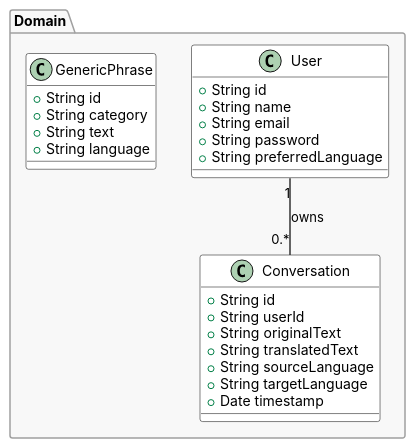
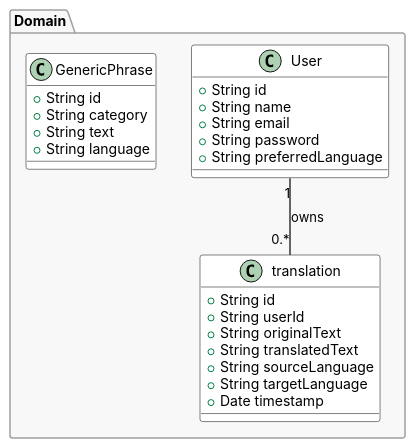
Before and after one commit to VascoMagolo/DSSMV_ProjectDroid_1231562_1230985: the diagram in UMLs/PUMLs/domain_model.puml, drawn with PlantUML. The commit also changed 17 other files, not shown here.

Commit message:
Renamed conversation to translation for better readability, updated comments

```diff
--- a/UMLs/PUMLs/domain_model.puml
+++ b/UMLs/PUMLs/domain_model.puml
@@ -1,49 +1,49 @@
 @startuml DomainModel
 skinparam defaultFontName "Inter"
 skinparam actorBorderColor #000000
 skinparam actorBackgroundColor #EFEFEF
 skinparam useCaseBorderColor #000000
 skinparam useCaseBackgroundColor #FFFFFF
 skinparam package {
     BackgroundColor #F8F8F8
     BorderColor #A0A0A0
 }
 skinparam arrow {
     Color #333333
     Thickness 1.5
 }
 skinparam class {
     BackgroundColor #FFFFFF
     BorderColor #000000
     ArrowColor #333333
 }
 
 package "Domain" {
   class User {
     +String id
     +String name
     +String email
     +String password
     +String preferredLanguage
   }
 
-  class Conversation {
+  class translation {
     +String id
     +String userId
     +String originalText
     +String translatedText
     +String sourceLanguage
     +String targetLanguage
     +Date timestamp
   }
 
   class GenericPhrase {
     +String id
     +String category
     +String text
     +String language
   }
 
-  User "1" -- "0.*" Conversation : owns
+  User "1" -- "0.*" translation : owns
 }
 @enduml
```
